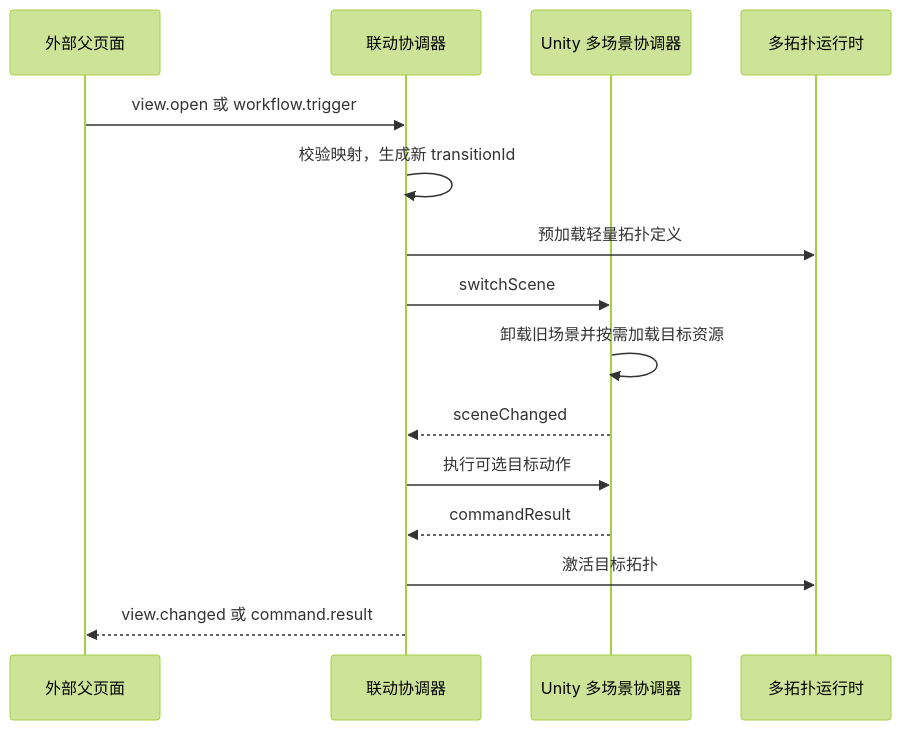
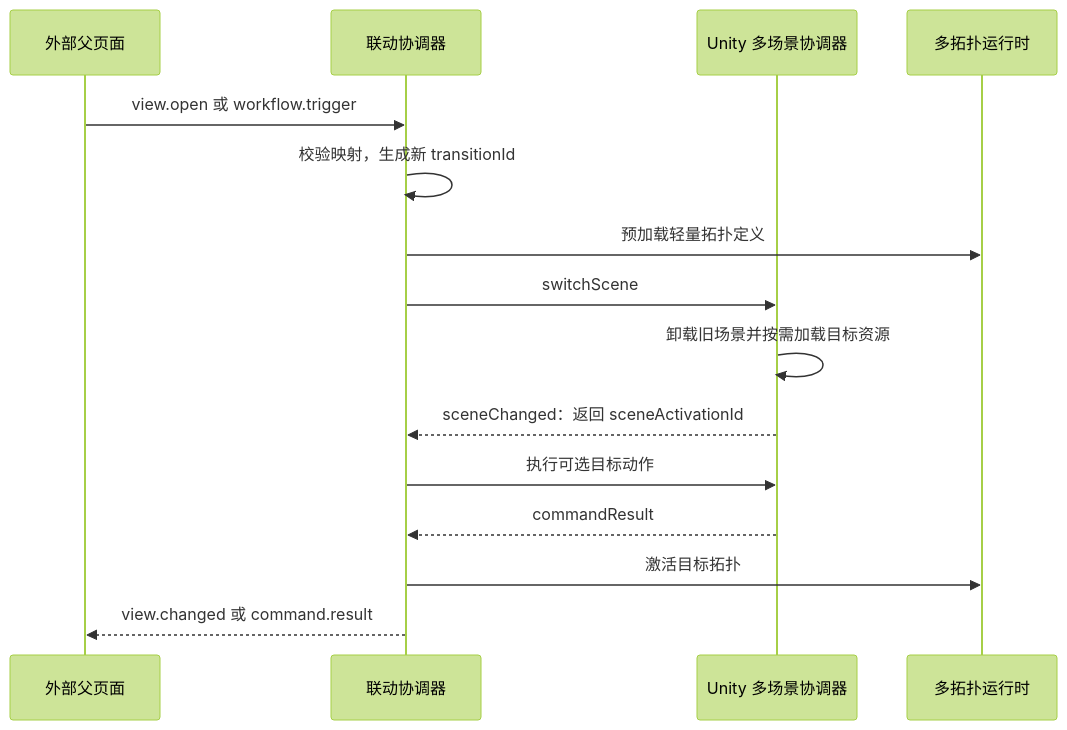
The third of 4 diagrams in Docs/电力全流程平台-前端架构设计.md (leyuexiang/WebDLPro), drawn with Mermaid (forest theme) before and after one commit. The commit also changed other lines of this file and 97 other files, not shown here.

````diff
--- a/Docs/电力全流程平台-前端架构设计.md
+++ b/Docs/电力全流程平台-前端架构设计.md
@@ -446,18 +447,18 @@
 ```mermaid
 sequenceDiagram
   participant P as 外部父页面
   participant C as 联动协调器
   participant U as Unity 多场景协调器
   participant T as 多拓扑运行时
 
   P->>C: view.open 或 workflow.trigger
   C->>C: 校验映射，生成新 transitionId
   C->>T: 预加载轻量拓扑定义
   C->>U: switchScene
   U->>U: 卸载旧场景并按需加载目标资源
-  U-->>C: sceneChanged
+  U-->>C: sceneChanged：返回 sceneActivationId
   C->>U: 执行可选目标动作
   U-->>C: commandResult
   C->>T: 激活目标拓扑
   C-->>P: view.changed 或 command.result
 ```
````
